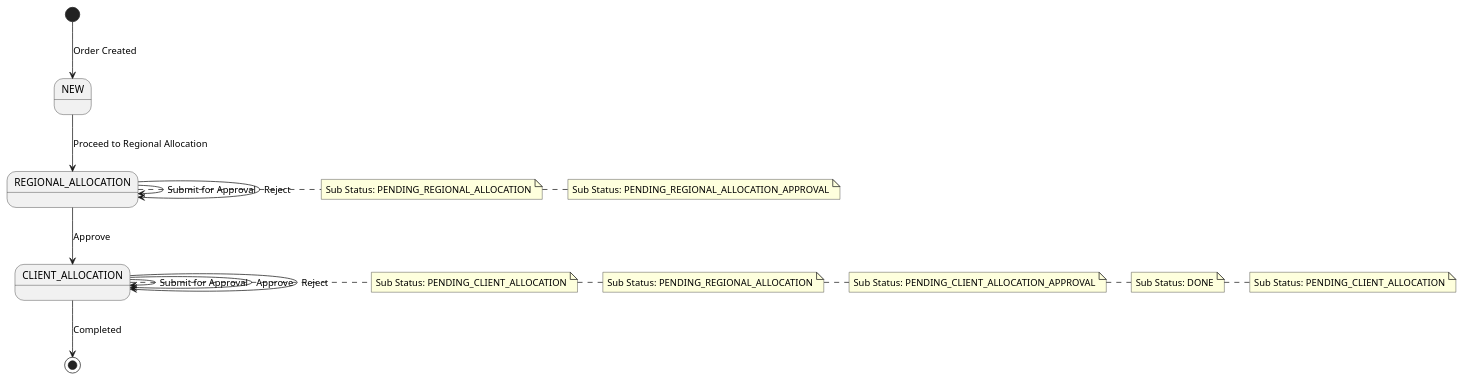
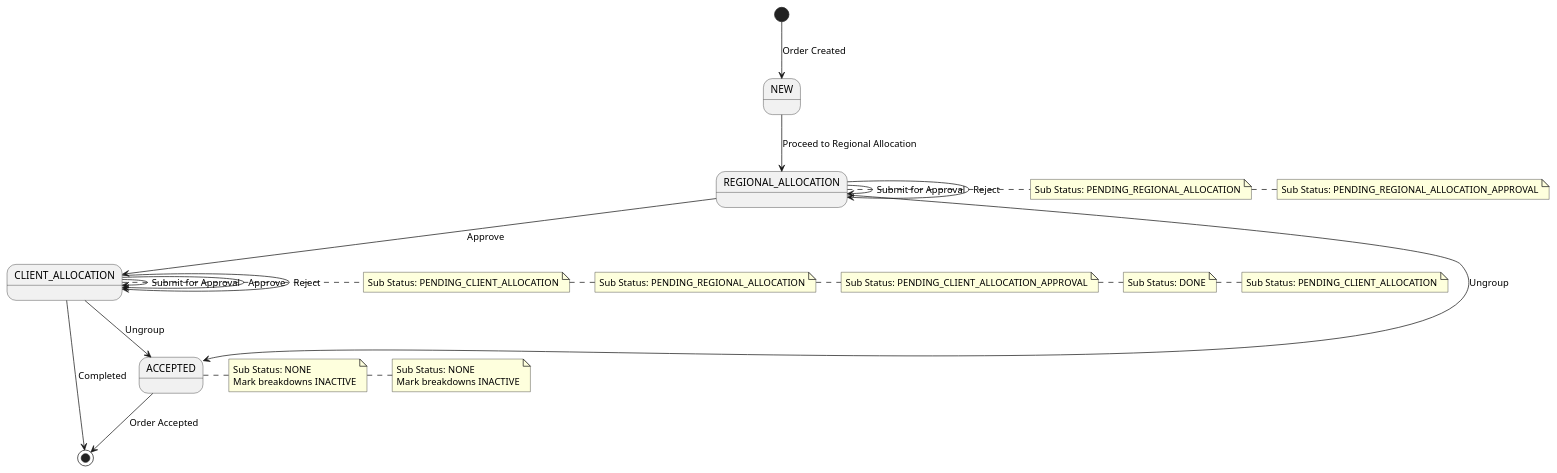
Before and after one commit to patricklo/my_allocation: the diagram in docs/diagrams/status-transitions.puml, drawn with PlantUML. The commit also changed 11 other files, not shown here.

```diff
--- a/docs/diagrams/status-transitions.puml
+++ b/docs/diagrams/status-transitions.puml
@@ -1,27 +1,36 @@
 @startuml Status Transitions
 [*] --> NEW : Order Created
 
 NEW --> REGIONAL_ALLOCATION : Proceed to Regional Allocation
 note right: Sub Status: PENDING_REGIONAL_ALLOCATION
 
 REGIONAL_ALLOCATION --> REGIONAL_ALLOCATION : Submit for Approval
 note right: Sub Status: PENDING_REGIONAL_ALLOCATION_APPROVAL
 
 REGIONAL_ALLOCATION --> CLIENT_ALLOCATION : Approve
 note right: Sub Status: PENDING_CLIENT_ALLOCATION
 
 REGIONAL_ALLOCATION --> REGIONAL_ALLOCATION : Reject
 note right: Sub Status: PENDING_REGIONAL_ALLOCATION
 
 CLIENT_ALLOCATION --> CLIENT_ALLOCATION : Submit for Approval
 note right: Sub Status: PENDING_CLIENT_ALLOCATION_APPROVAL
 
 CLIENT_ALLOCATION --> CLIENT_ALLOCATION : Approve
 note right: Sub Status: DONE
 
 CLIENT_ALLOCATION --> CLIENT_ALLOCATION : Reject
 note right: Sub Status: PENDING_CLIENT_ALLOCATION
 
 CLIENT_ALLOCATION --> [*] : Completed
 
+' Ungroup transitions
+REGIONAL_ALLOCATION --> ACCEPTED : Ungroup
+note right: Sub Status: NONE\nMark breakdowns INACTIVE
+
+CLIENT_ALLOCATION --> ACCEPTED : Ungroup
+note right: Sub Status: NONE\nMark breakdowns INACTIVE
+
+ACCEPTED --> [*] : Order Accepted
+
 @enduml
```
